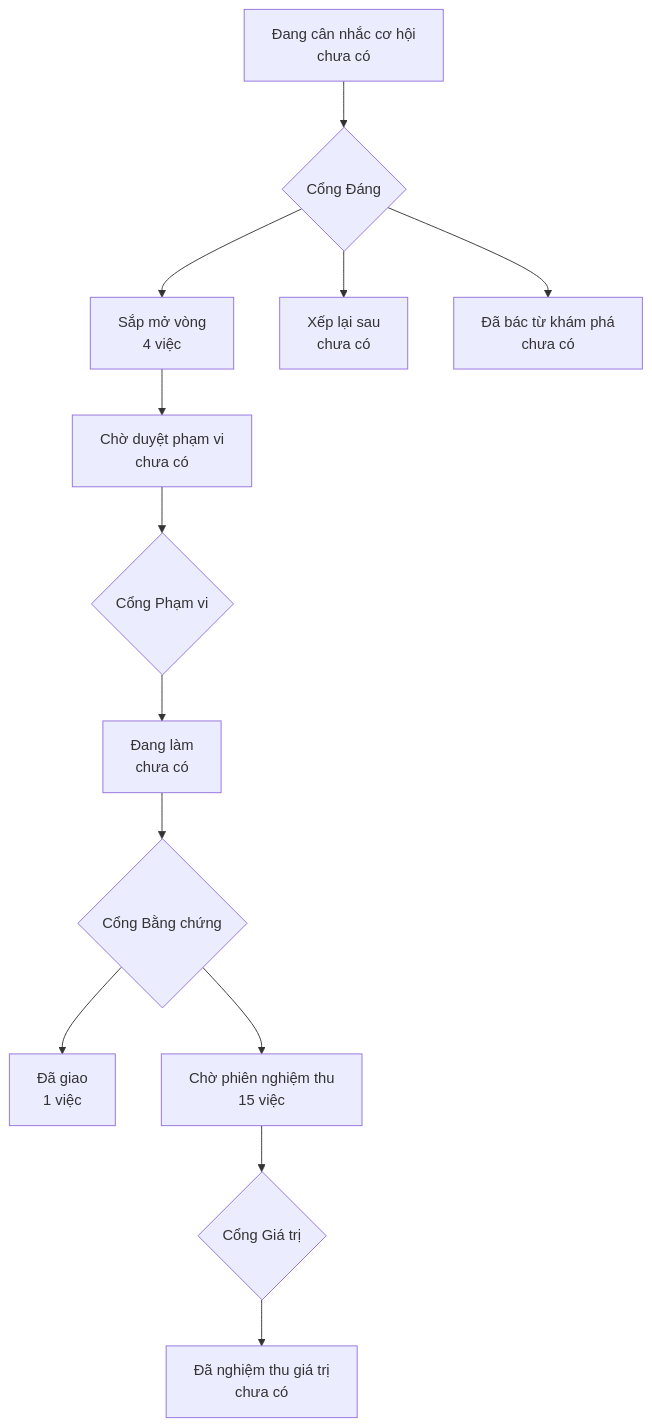
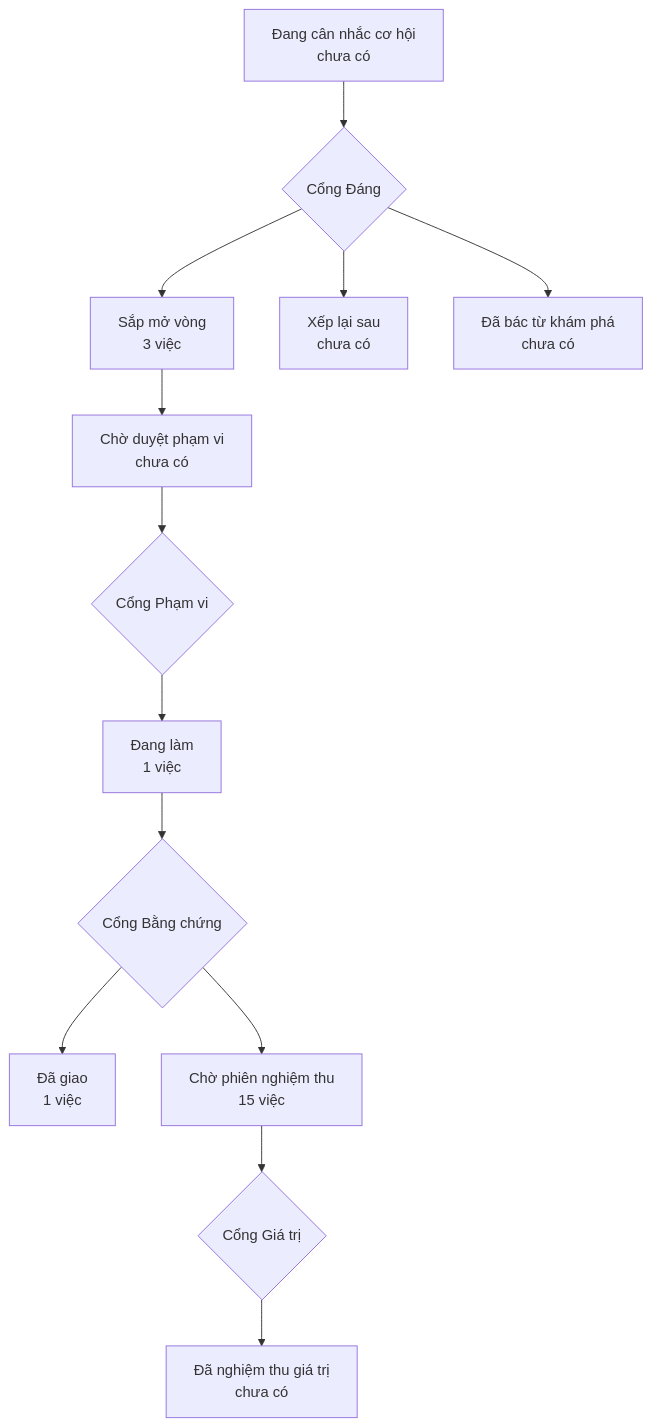
Before and after one commit to phanlemanh/onehub-inventory: the diagram in PRODUCT-MAP.md, drawn with Mermaid. The commit also changed other lines of this file and 3 other files, not shown here.

````diff
--- a/PRODUCT-MAP.md
+++ b/PRODUCT-MAP.md
@@ -7,12 +7,12 @@
 ```mermaid
 flowchart TD
   A["Đang cân nhắc cơ hội<br/>chưa có"] --> GD{"Cổng Đáng"}
-  GD --> B["Sắp mở vòng<br/>4 việc"]
+  GD --> B["Sắp mở vòng<br/>3 việc"]
   GD --> XL["Xếp lại sau<br/>chưa có"]
   GD --> DB["Đã bác từ khám phá<br/>chưa có"]
   B --> CD["Chờ duyệt phạm vi<br/>chưa có"] --> GP{"Cổng Phạm vi"}
-  GP --> DL["Đang làm<br/>chưa có"] --> GB{"Cổng Bằng chứng"}
+  GP --> DL["Đang làm<br/>1 việc"] --> GB{"Cổng Bằng chứng"}
   GB --> DG["Đã giao<br/>1 việc"]
   GB --> CN["Chờ phiên nghiệm thu<br/>15 việc"] --> GG{"Cổng Giá trị"}
   GG --> NT["Đã nghiệm thu giá trị<br/>chưa có"]
 ```
````
